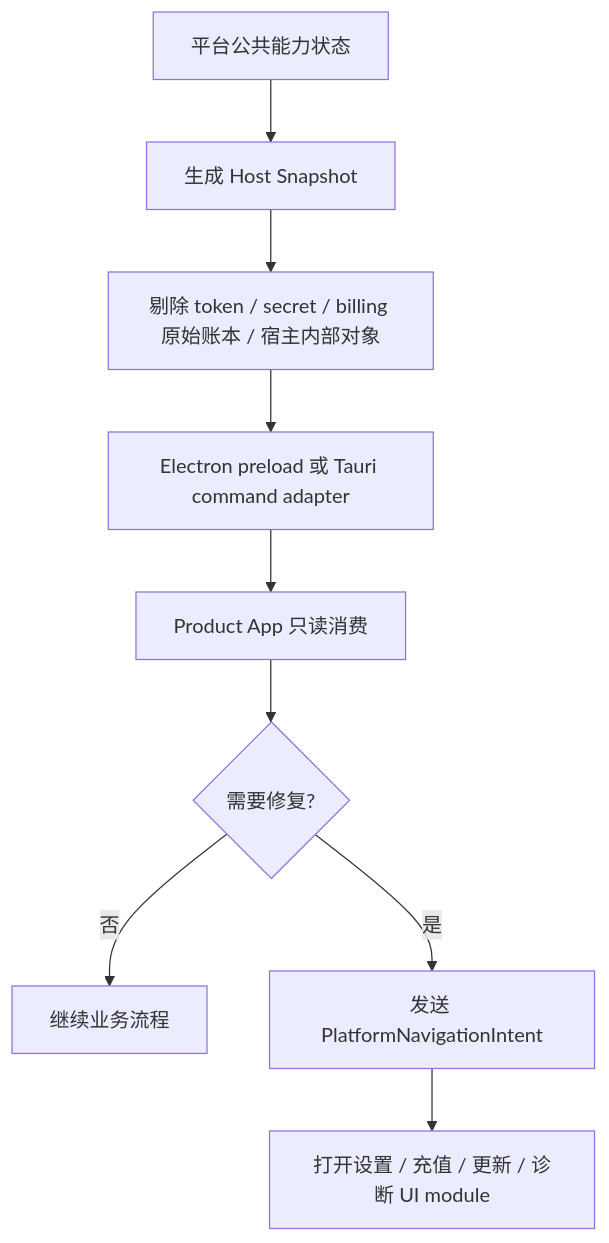
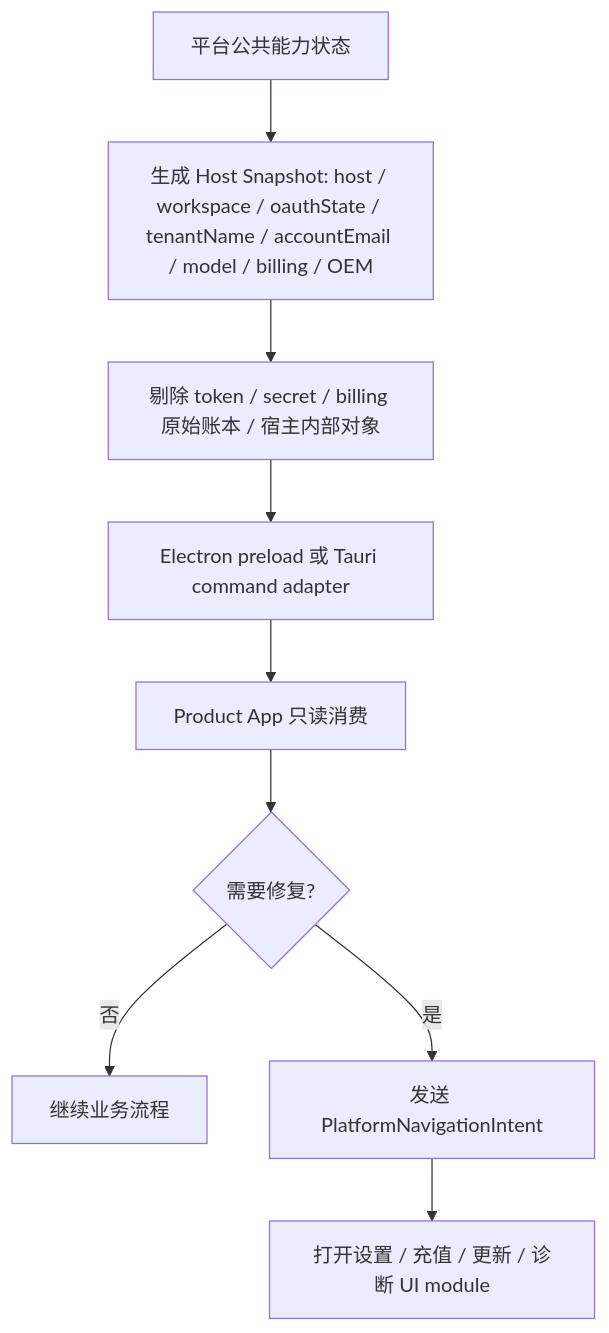
One commit to limecloud/lime-desktop-platform changed the eighth of 20 diagrams in docs/v1/architecture-diagrams.md. Above: the diagram before and after it, drawn with Mermaid. The commit also changed other lines of this file and 26 other files, not shown here.

````diff
--- a/docs/v1/architecture-diagrams.md
+++ b/docs/v1/architecture-diagrams.md
@@ -281,11 +281,11 @@
 ```mermaid
 flowchart TD
-  State[平台公共能力状态] --> Snapshot[生成 Host Snapshot]
+  State[平台公共能力状态] --> Snapshot[生成 Host Snapshot: host / workspace / oauthState / tenantName / accountEmail / model / billing / OEM]
   Snapshot --> Filter[剔除 token / secret / billing 原始账本 / 宿主内部对象]
   Filter --> Adapter[Electron preload 或 Tauri command adapter]
   Adapter --> AppUI[Product App 只读消费]
   AppUI --> NeedFix{需要修复?}
   NeedFix -- 否 --> Run[继续业务流程]
   NeedFix -- 是 --> Intent[发送 PlatformNavigationIntent]
   Intent --> PlatformUI[打开设置 / 充值 / 更新 / 诊断 UI module]
 ```
````
